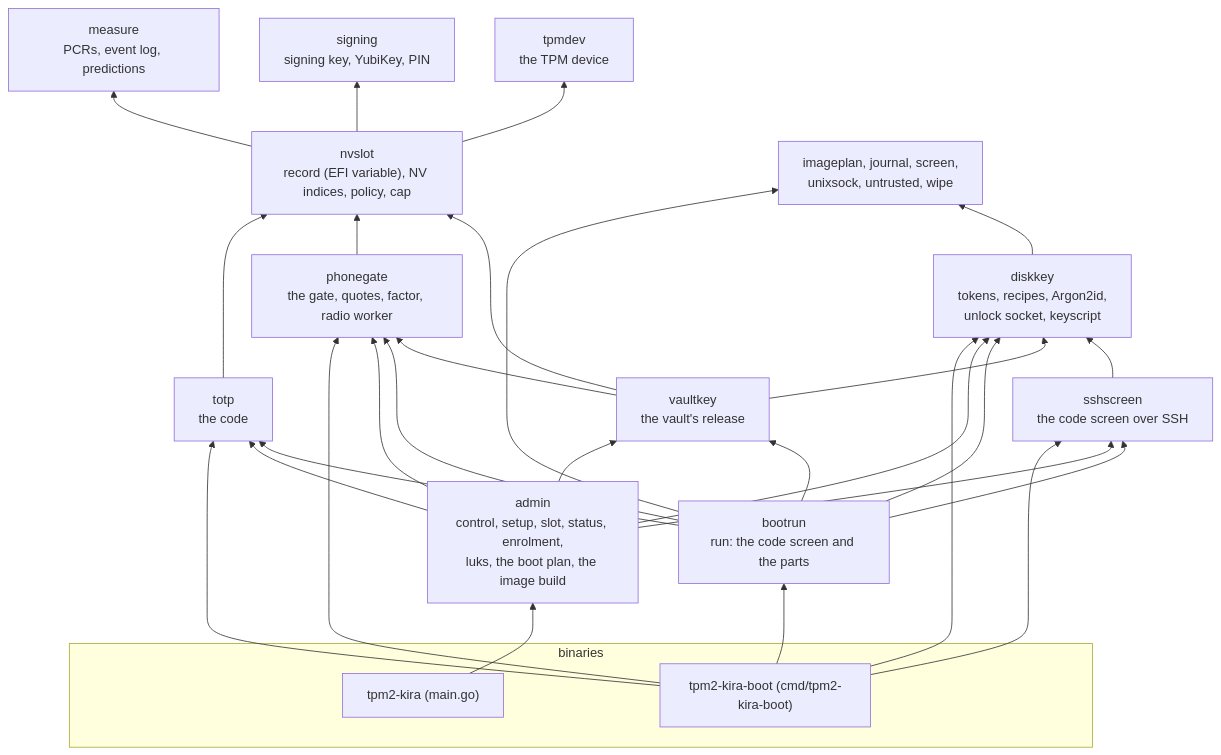
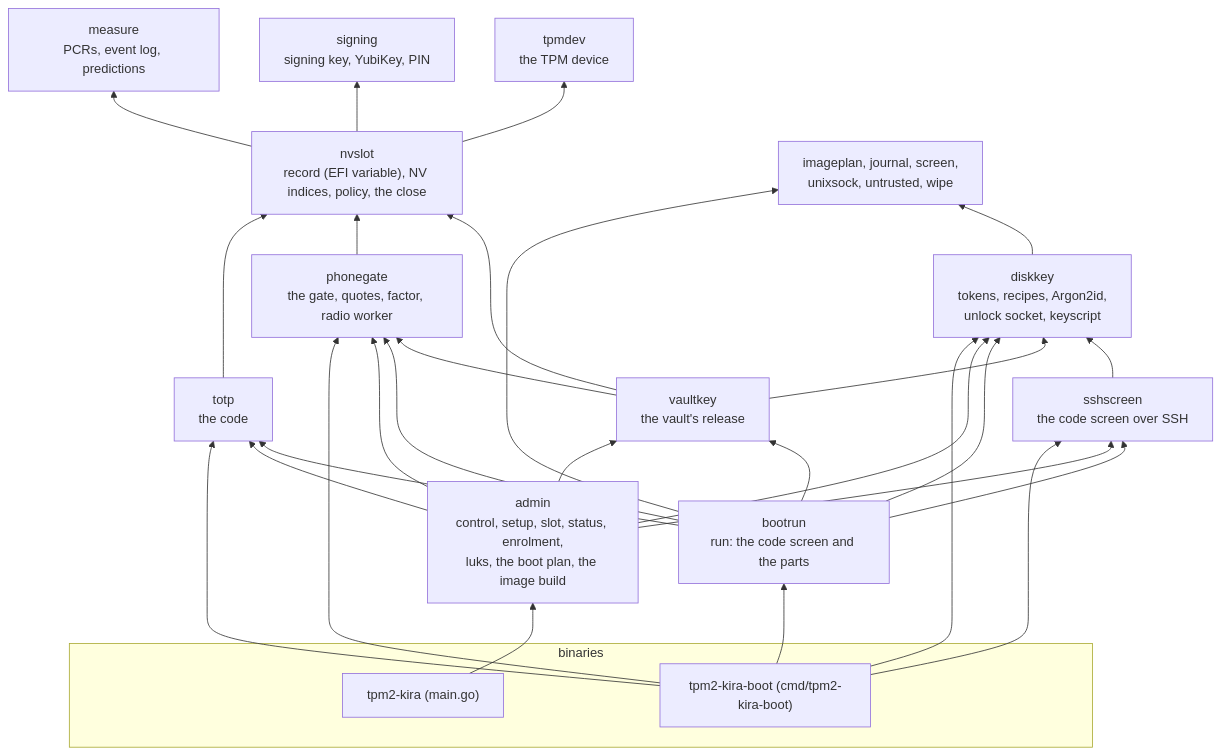
One commit to mrwiora/tpm2-kira changed the third of 4 diagrams in docs/ARCHITECTURE.md. Above: the diagram before and after it, drawn with Mermaid. The commit also changed other lines of this file and 20 other files, not shown here.

````diff
--- a/docs/ARCHITECTURE.md
+++ b/docs/ARCHITECTURE.md
@@ -78,29 +78,29 @@
 ```mermaid
 flowchart BT
   subgraph BIN["binaries"]
     KIRA["tpm2-kira (main.go)"]
     KBOOT["tpm2-kira-boot (cmd/tpm2-kira-boot)"]
   end
   ADMIN2["admin<br/>control, setup, slot, status, enrolment,<br/>luks, the boot plan, the image build"]
   BOOTRUN["bootrun<br/>run: the code screen and the parts"]
   TOTP["totp<br/>the code"]
   PHONEGATE["phonegate<br/>the gate, quotes, factor, radio worker"]
   DISKKEY["diskkey<br/>tokens, recipes, Argon2id,<br/>unlock socket, keyscript"]
   VAULTKEY["vaultkey<br/>the vault's release"]
   SSHSCREEN["sshscreen<br/>the code screen over SSH"]
-  NVSLOT["nvslot<br/>record (EFI variable), NV indices, policy, cap"]
+  NVSLOT["nvslot<br/>record (EFI variable), NV indices, policy, the close"]
   MEASURE["measure<br/>PCRs, event log, predictions"]
   SIGNING["signing<br/>signing key, YubiKey, PIN"]
   TPMDEV["tpmdev<br/>the TPM device"]
   LEAVES["imageplan, journal, screen,<br/>unixsock, untrusted, wipe"]
   KIRA --> ADMIN2
   KBOOT --> BOOTRUN & PHONEGATE & DISKKEY & SSHSCREEN & TOTP
   ADMIN2 --> TOTP & PHONEGATE & DISKKEY & VAULTKEY & SSHSCREEN
   BOOTRUN --> TOTP & PHONEGATE & DISKKEY & VAULTKEY & SSHSCREEN
   VAULTKEY --> PHONEGATE & DISKKEY
   SSHSCREEN --> DISKKEY
   TOTP & PHONEGATE --> NVSLOT
   VAULTKEY --> NVSLOT
   NVSLOT --> MEASURE & SIGNING & TPMDEV
   BOOTRUN & DISKKEY --> LEAVES
 ```
````
